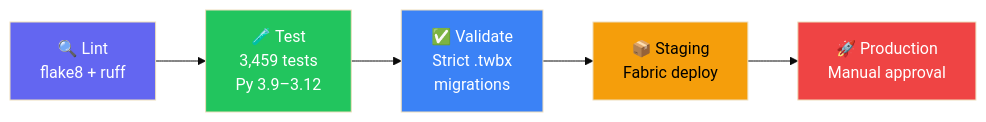
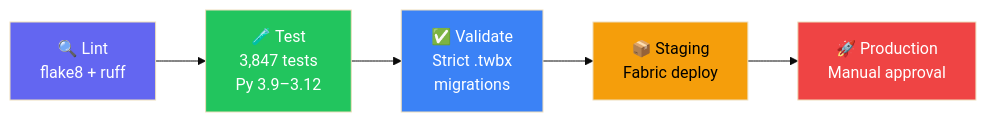
Before and after one commit to cyphou/Tableau-To-PowerBI: the third of 3 diagrams in README.md, drawn with Mermaid (base theme). The commit also changed other lines of this file and 18 other files, not shown here.

````diff
--- a/README.md
+++ b/README.md
@@ -495,13 +581,13 @@
 ```mermaid
 flowchart LR
-    L["🔍 Lint\nflake8 + ruff"] --> T["🧪 Test\n3,459 tests\nPy 3.9–3.12"]
+    L["🔍 Lint\nflake8 + ruff"] --> T["🧪 Test\n3,847 tests\nPy 3.9–3.12"]
     T --> V["✅ Validate\nStrict .twbx\nmigrations"]
     V --> S["📦 Staging\nFabric deploy"]
     S --> P["🚀 Production\nManual approval"]
     
     style L fill:#6366f1,color:#fff
     style T fill:#22c55e,color:#fff
     style V fill:#3b82f6,color:#fff
     style S fill:#f59e0b,color:#000
     style P fill:#ef4444,color:#fff
 ```
````
